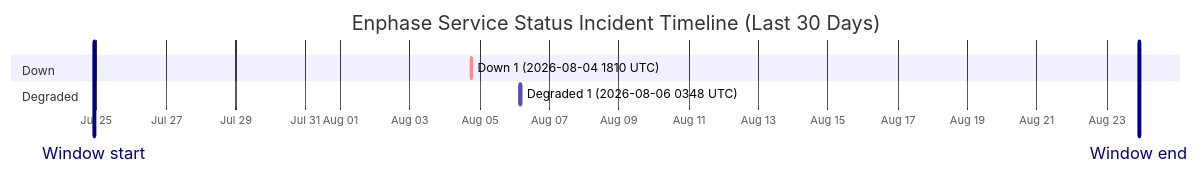
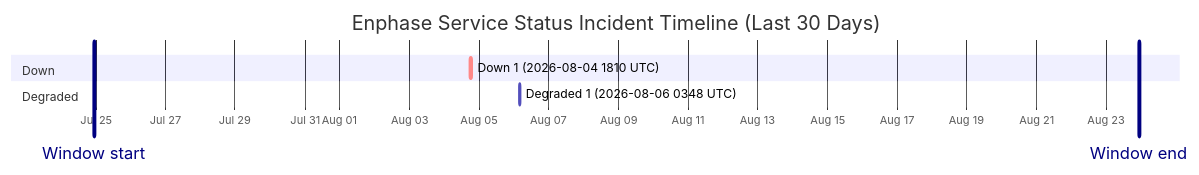
One commit to barneyonline/ha-enphase-energy changed the diagram in wiki/Service-Status-History.md. Above: the diagram before and after it, drawn with Mermaid. The commit also changed other lines of this file and 3 other files, not shown here.

````diff
--- a/wiki/Service-Status-History.md
+++ b/wiki/Service-Status-History.md
@@ -14,12 +14,12 @@
 ```mermaid
 gantt
     title Enphase Service Status Incident Timeline (Last 30 Days)
     dateFormat  YYYY-MM-DDTHH:mm:ss
     axisFormat  %b %d
-    Window start :vert, window-start, 2026-07-24T22:19:09, 0ms
-    Window end :vert, window-end, 2026-08-23T22:19:09, 0ms
+    Window start :vert, window-start, 2026-07-24T22:47:06, 0ms
+    Window end :vert, window-end, 2026-08-23T22:47:06, 0ms
     section Down
     Down 1 (2026-08-04 1810 UTC) :crit, down-1, 2026-08-04T18:10:46, 60m
     section Degraded
     Degraded 1 (2026-08-06 0348 UTC) :active, degraded-1, 2026-08-06T03:48:14, 60m
 ```
````
